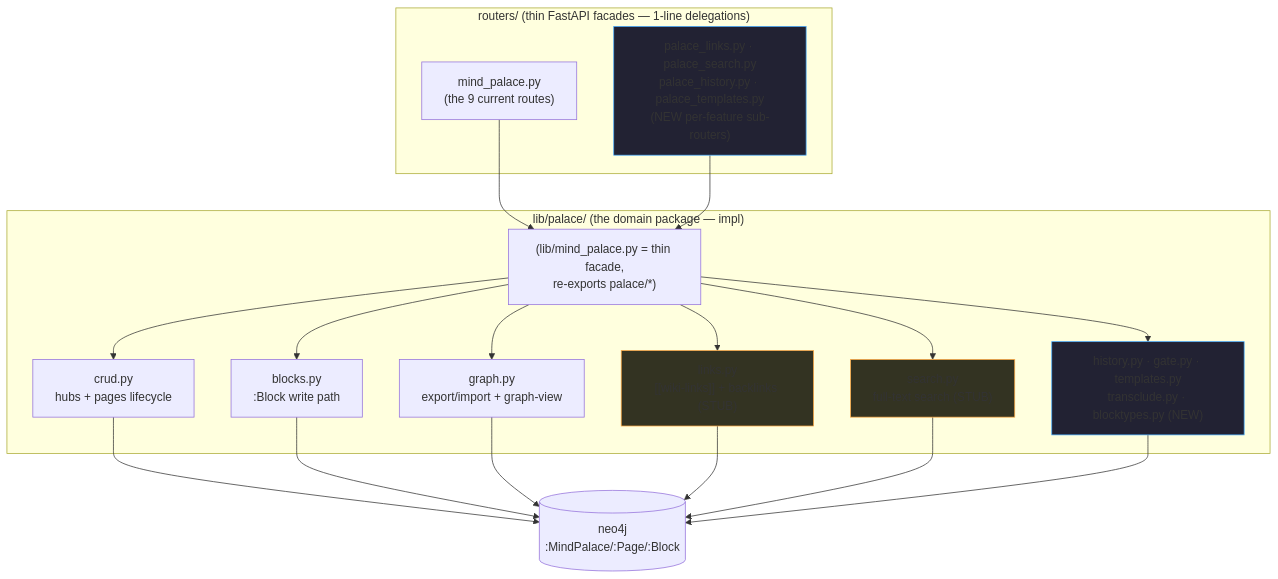
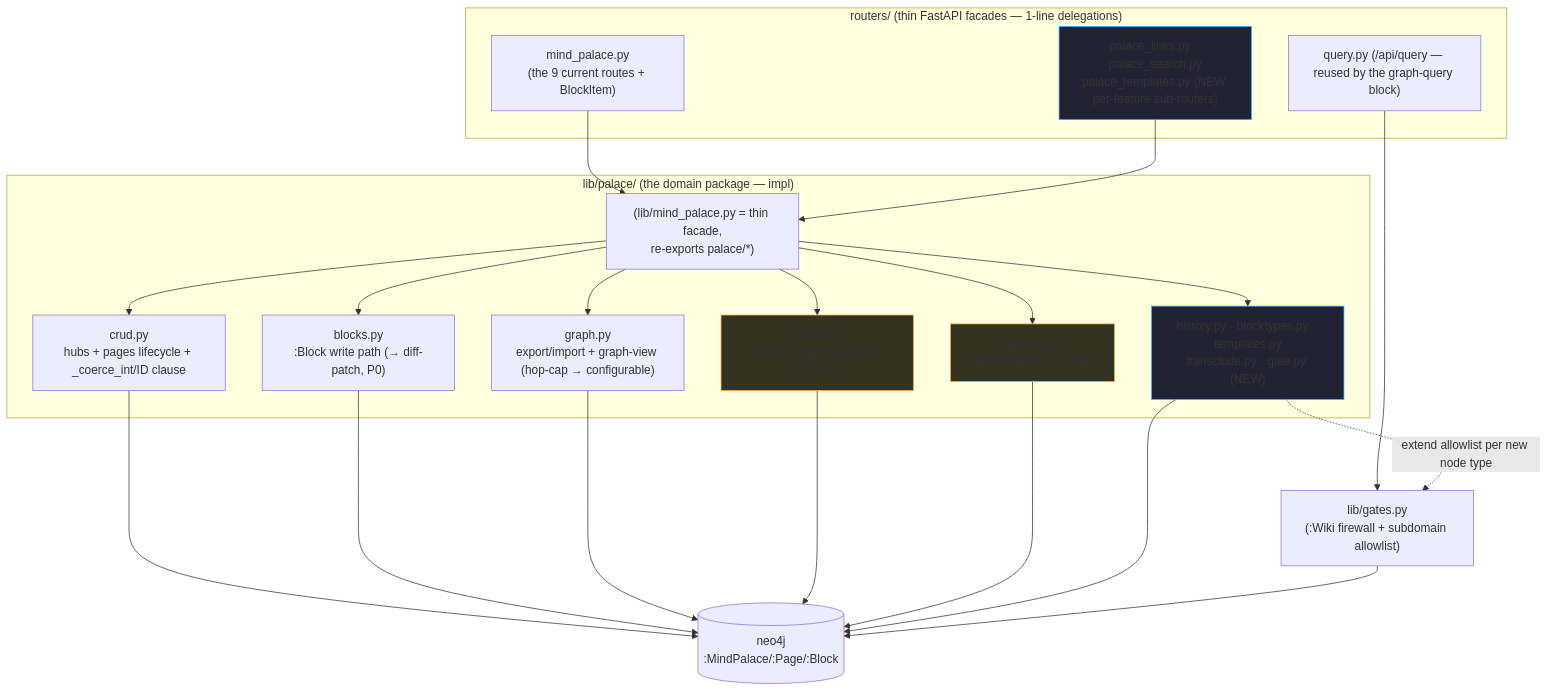
Before and after one commit to sancovp/cyberneticircus: the diagram in MINDPALACE-IMPROVEMENTS.md, drawn with Mermaid. The commit also changed other lines of this file, not shown here.

````diff
--- a/MINDPALACE-IMPROVEMENTS.md
+++ b/MINDPALACE-IMPROVEMENTS.md
@@ -21,27 +34,32 @@
 ```mermaid
 flowchart TB
     subgraph routers["routers/ (thin FastAPI facades — 1-line delegations)"]
-        RMP["mind_palace.py<br/>(the 9 current routes)"]
-        RNEW["palace_links.py · palace_search.py<br/>palace_history.py · palace_templates.py<br/>(NEW per-feature sub-routers)"]
+        RMP["mind_palace.py<br/>(the 9 current routes + BlockItem)"]
+        RNEW["palace_links.py · palace_search.py<br/>palace_templates.py (NEW per-feature sub-routers)"]
+        RQ["query.py (/api/query — reused by the graph-query block)"]
     end
     subgraph libpalace["lib/palace/ (the domain package — impl)"]
         FAC["(lib/mind_palace.py = thin facade,<br/>re-exports palace/*)"]
-        CRUD["crud.py<br/>hubs + pages lifecycle"]
-        BLK["blocks.py<br/>:Block write path"]
-        GR["graph.py<br/>export/import + graph-view"]
+        CRUD["crud.py<br/>hubs + pages lifecycle + _coerce_int/ID clause"]
+        BLK["blocks.py<br/>:Block write path (→ diff-patch, P0)"]
+        GR["graph.py<br/>export/import + graph-view (hop-cap → configurable)"]
         LNK["links.py<br/>[[wiki-links]] + backlinks (STUB)"]
         SRCH["search.py<br/>full-text search (STUB)"]
-        NEW["history.py · gate.py · templates.py<br/>transclude.py · blocktypes.py (NEW)"]
+        NEW["history.py · blocktypes.py · templates.py<br/>transclude.py · gate.py (NEW)"]
     end
+    GATE["lib/gates.py<br/>(:Wiki firewall + subdomain allowlist)"]
     Graph[("neo4j<br/>:MindPalace/:Page/:Block")]
 
     RMP --> FAC
     RNEW --> FAC
+    RQ --> GATE
     FAC --> CRUD & BLK & GR & LNK & SRCH & NEW
+    NEW -.->|extend allowlist per new node type| GATE
     CRUD & BLK & GR & LNK & SRCH & NEW --> Graph
+    GATE --> Graph
 
     classDef stub fill:#332,stroke:#fa4;
     classDef new fill:#223,stroke:#4af;
     class LNK,SRCH stub
     class NEW,RNEW new
 ```
````
